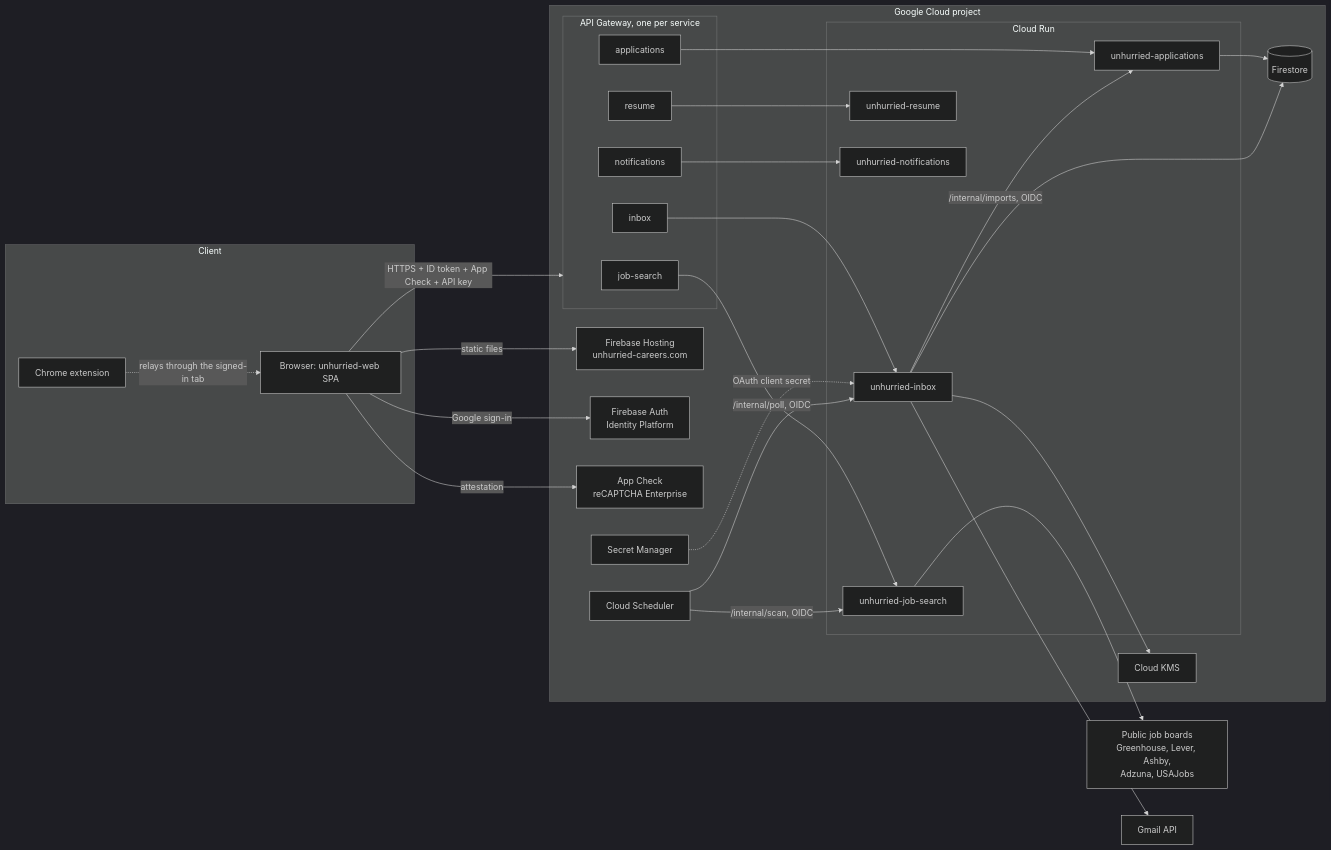
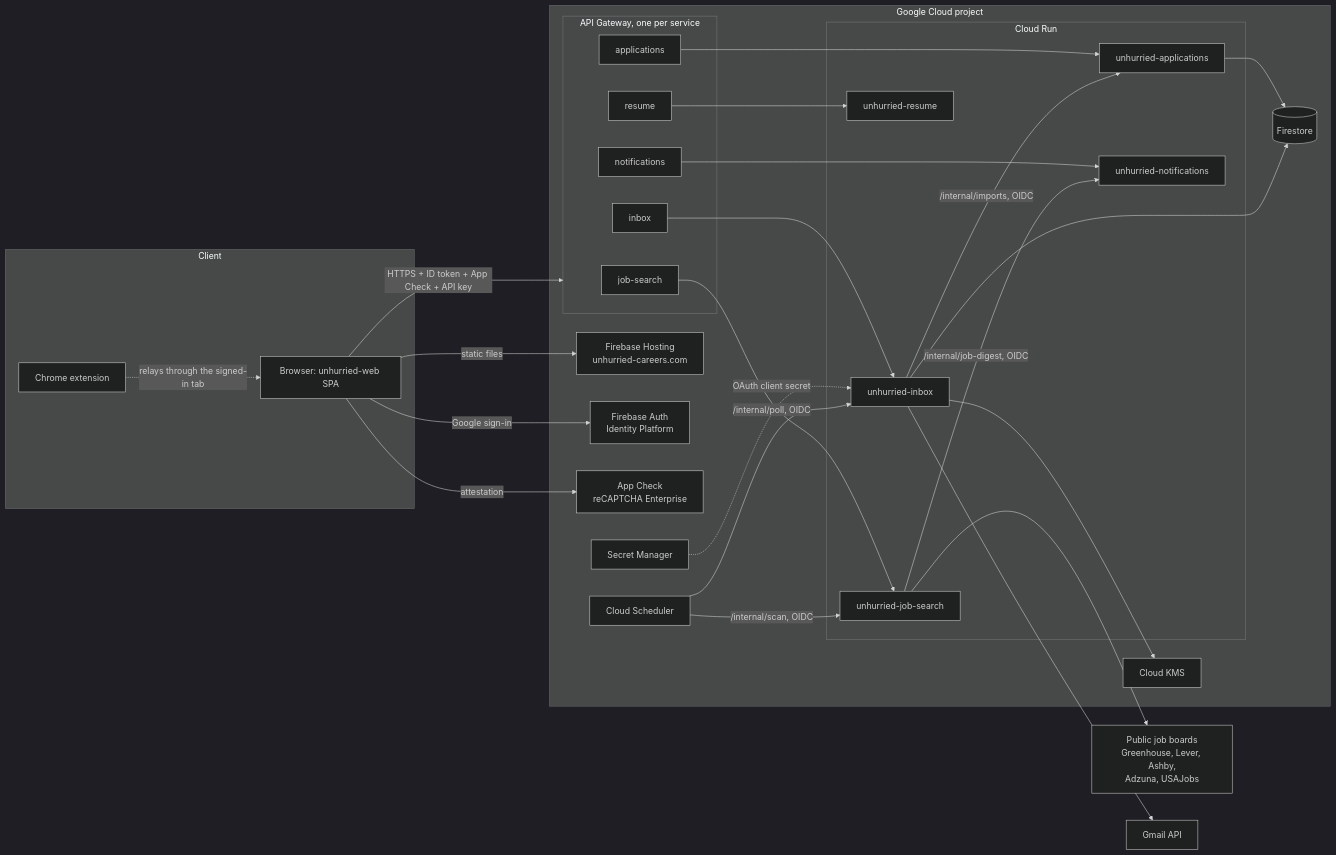
One commit to Unhurried-Careers/unhurried-product changed the first of 3 diagrams in docs/architecture.md. Above: the diagram before and after it, drawn with Mermaid (dark theme). The commit also changed other lines of this file and 4 other files, not shown here.

````diff
--- a/docs/architecture.md
+++ b/docs/architecture.md
@@ -7,52 +7,53 @@
 ```mermaid
 flowchart LR
   subgraph Client
     B[Browser: unhurried-web SPA]
     X[Chrome extension]
   end
   subgraph Google Cloud project
     H[Firebase Hosting<br/>unhurried-careers.com]
     FA[Firebase Auth<br/>Identity Platform]
     AC[App Check<br/>reCAPTCHA Enterprise]
     subgraph Gateways[API Gateway, one per service]
       G1[job-search]
       G2[resume]
       G3[applications]
       G4[notifications]
       G5[inbox]
     end
     subgraph Run[Cloud Run]
       S1[unhurried-job-search]
       S2[unhurried-resume]
       S3[unhurried-applications]
       S4[unhurried-notifications]
       S5[unhurried-inbox]
     end
     FS[(Firestore)]
     KMS[Cloud KMS]
     SM[Secret Manager]
     SCH[Cloud Scheduler]
   end
   EXT[Public job boards<br/>Greenhouse, Lever, Ashby,<br/>Adzuna, USAJobs]
   GM[Gmail API]
 
   B -->|static files| H
   B -->|Google sign-in| FA
   B -->|attestation| AC
   X -.->|relays through the signed-in tab| B
   B -->|HTTPS + ID token + App Check + API key| Gateways
   G1 --> S1
   G2 --> S2
   G3 --> S3
   G4 --> S4
   G5 --> S5
   S1 --> EXT
   S3 --> FS
   S5 --> FS
   S5 --> KMS
   S5 --> GM
   SM -.->|OAuth client secret| S5
   S5 -->|/internal/imports, OIDC| S3
+  S1 -->|/internal/job-digest, OIDC| S4
   SCH -->|/internal/scan, OIDC| S1
   SCH -->|/internal/poll, OIDC| S5
 ```
````
